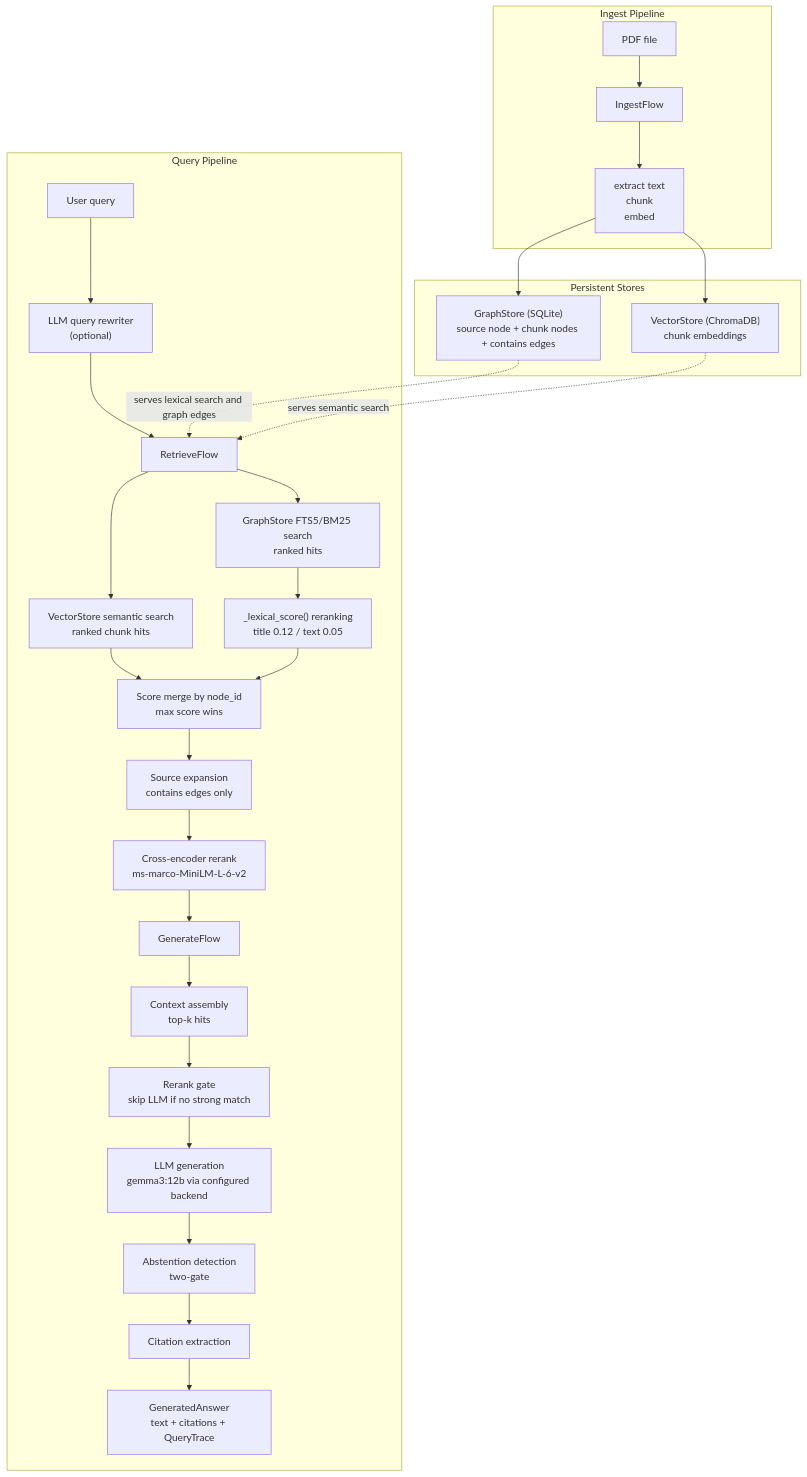
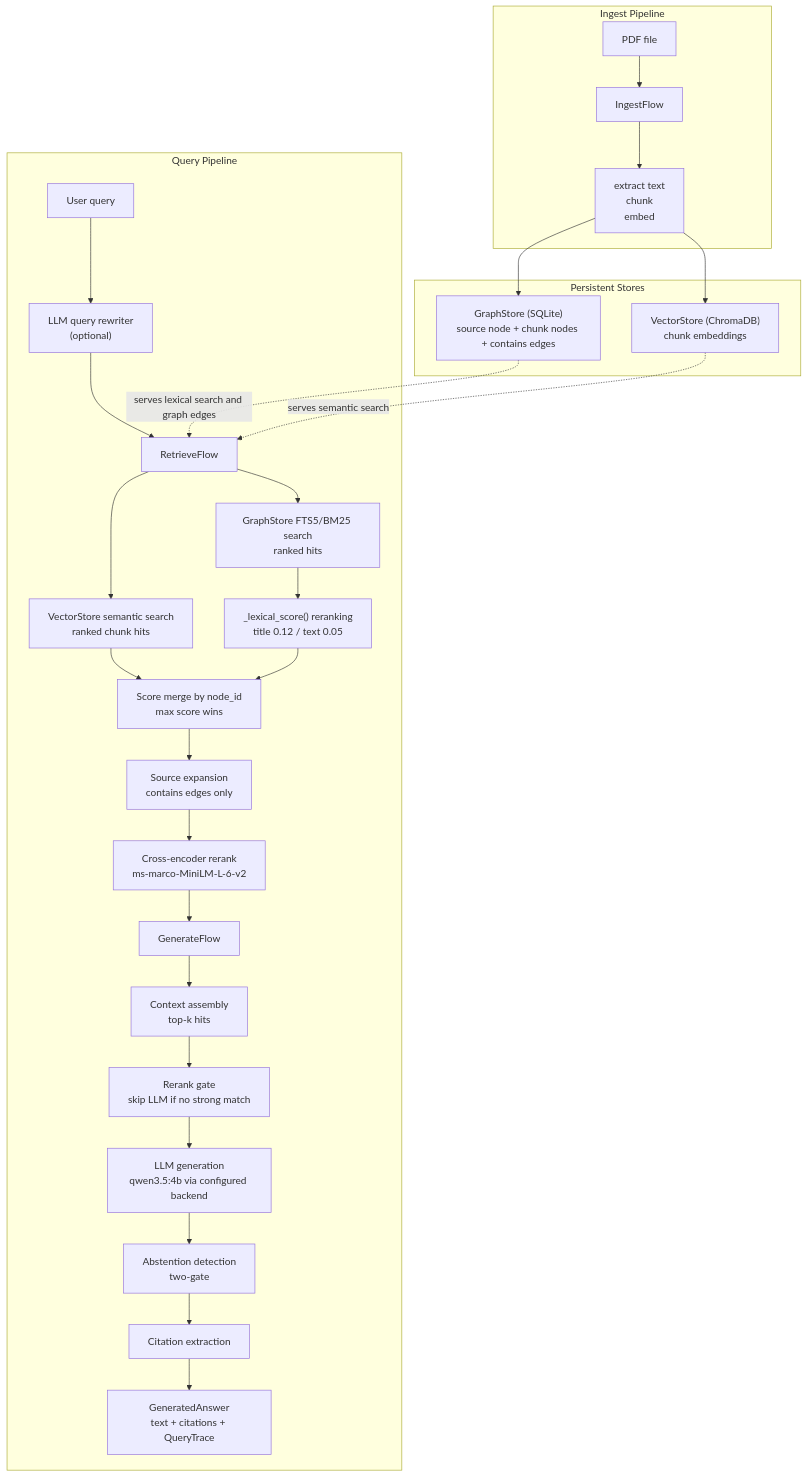
Before and after one commit to DmcpEI/Research-Continuity-Agent: the diagram in README.md, drawn with Mermaid. The commit also changed other lines of this file and 8 other files, not shown here.

First line of the commit message:
Feat(llm): default chat and agent model to qwen3.5:4b

````diff
--- a/README.md
+++ b/README.md
@@ -40,43 +40,43 @@
 ```mermaid
 flowchart TD
     subgraph Ingest["Ingest Pipeline"]
         PDF["PDF file"]
         IF["IngestFlow"]
         Extract["extract text<br/>chunk<br/>embed"]
         PDF --> IF --> Extract
     end
 
     subgraph Storage["Persistent Stores"]
         GS["GraphStore (SQLite)<br/>source node + chunk nodes + contains edges"]
         VS["VectorStore (ChromaDB)<br/>chunk embeddings"]
     end
 
     subgraph Query["Query Pipeline"]
         UQ["User query"]
         RW["LLM query rewriter<br/>(optional)"]
         RF["RetrieveFlow"]
         VQ["VectorStore semantic search<br/>ranked chunk hits"]
         FTS["GraphStore FTS5/BM25 search<br/>ranked hits"]
         LEX["_lexical_score() reranking<br/>title 0.12 / text 0.05"]
         MERGE["Score merge by node_id<br/>max score wins"]
         EXPAND["Source expansion<br/>contains edges only"]
         RERANK["Cross-encoder rerank<br/>ms-marco-MiniLM-L-6-v2"]
         GF["GenerateFlow"]
         CTX["Context assembly<br/>top-k hits"]
-        LLM["LLM generation<br/>gemma3:12b via configured backend"]
+        LLM["LLM generation<br/>qwen3.5:4b via configured backend"]
         ABS["Abstention detection<br/>two-gate"]
         CITE["Citation extraction"]
         OUT["GeneratedAnswer<br/>text + citations + QueryTrace"]
 
         UQ --> RW --> RF
         RF --> VQ --> MERGE
         RF --> FTS --> LEX --> MERGE
         MERGE --> EXPAND --> RERANK --> GF
         GF --> CTX --> GATE["Rerank gate<br/>skip LLM if no strong match"] --> LLM --> ABS --> CITE --> OUT
     end
 
     Extract --> GS
     Extract --> VS
     GS -. "serves lexical search and graph edges" .-> RF
     VS -. "serves semantic search" .-> RF
 ```
````
